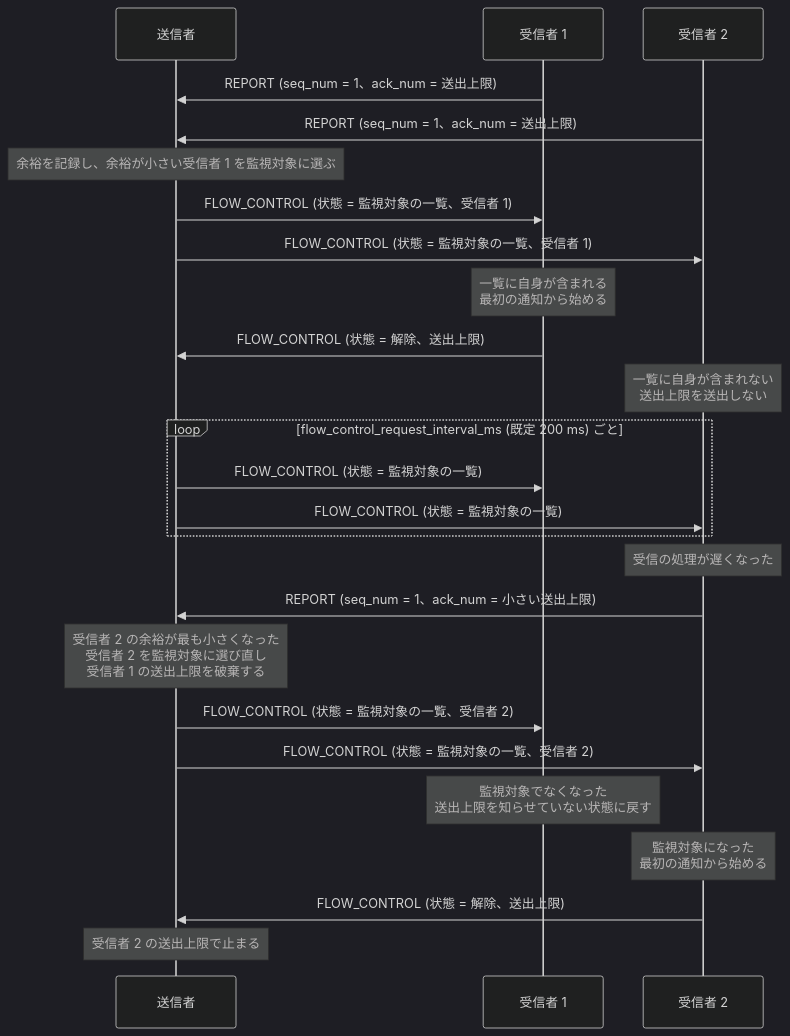
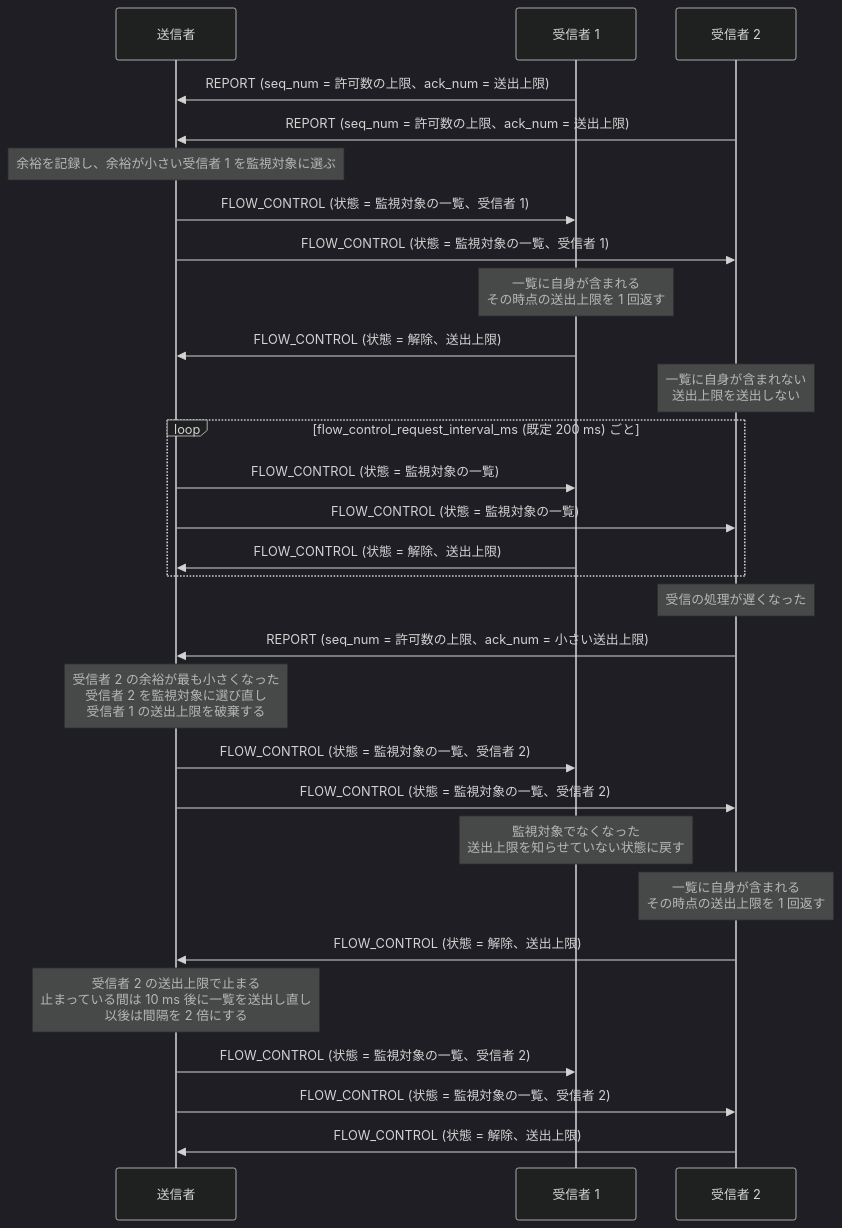
One commit to Hondarer/app_porter changed diagram 13 of 15 in docs/sequence-data.md. Above: the diagram before and after it, drawn with Mermaid (dark theme). The commit also changed other lines of this file and 1 other file, not shown here.

First line of the commit message:
docs: sequence-data.md と architecture.md のフロー制御の説明を、現在の仕様に合わせる

````diff
--- a/docs/sequence-data.md
+++ b/docs/sequence-data.md
@@ -503,28 +531,32 @@
 ```mermaid
 sequenceDiagram
     participant S as 送信者
     participant R1 as 受信者 1
     participant R2 as 受信者 2
 
-    R1->>S: REPORT (seq_num = 1、ack_num = 送出上限)
-    R2->>S: REPORT (seq_num = 1、ack_num = 送出上限)
+    R1->>S: REPORT (seq_num = 許可数の上限、ack_num = 送出上限)
+    R2->>S: REPORT (seq_num = 許可数の上限、ack_num = 送出上限)
     Note over S: 余裕を記録し、余裕が小さい受信者 1 を監視対象に選ぶ
     S->>R1: FLOW_CONTROL (状態 = 監視対象の一覧、受信者 1)
     S->>R2: FLOW_CONTROL (状態 = 監視対象の一覧、受信者 1)
-    Note over R1: 一覧に自身が含まれる<br>最初の通知から始める
+    Note over R1: 一覧に自身が含まれる<br>その時点の送出上限を 1 回返す
     R1->>S: FLOW_CONTROL (状態 = 解除、送出上限)
     Note over R2: 一覧に自身が含まれない<br>送出上限を送出しない
     loop flow_control_request_interval_ms (既定 200 ms) ごと
         S->>R1: FLOW_CONTROL (状態 = 監視対象の一覧)
         S->>R2: FLOW_CONTROL (状態 = 監視対象の一覧)
+        R1->>S: FLOW_CONTROL (状態 = 解除、送出上限)
     end
     Note over R2: 受信の処理が遅くなった
-    R2->>S: REPORT (seq_num = 1、ack_num = 小さい送出上限)
+    R2->>S: REPORT (seq_num = 許可数の上限、ack_num = 小さい送出上限)
     Note over S: 受信者 2 の余裕が最も小さくなった<br>受信者 2 を監視対象に選び直し<br>受信者 1 の送出上限を破棄する
     S->>R1: FLOW_CONTROL (状態 = 監視対象の一覧、受信者 2)
     S->>R2: FLOW_CONTROL (状態 = 監視対象の一覧、受信者 2)
     Note over R1: 監視対象でなくなった<br>送出上限を知らせていない状態に戻す
-    Note over R2: 監視対象になった<br>最初の通知から始める
+    Note over R2: 一覧に自身が含まれる<br>その時点の送出上限を 1 回返す
     R2->>S: FLOW_CONTROL (状態 = 解除、送出上限)
-    Note over S: 受信者 2 の送出上限で止まる
+    Note over S: 受信者 2 の送出上限で止まる<br>止まっている間は 10 ms 後に一覧を送出し直し<br>以後は間隔を 2 倍にする
+    S->>R1: FLOW_CONTROL (状態 = 監視対象の一覧、受信者 2)
+    S->>R2: FLOW_CONTROL (状態 = 監視対象の一覧、受信者 2)
+    R2->>S: FLOW_CONTROL (状態 = 解除、送出上限)
 ```
````
